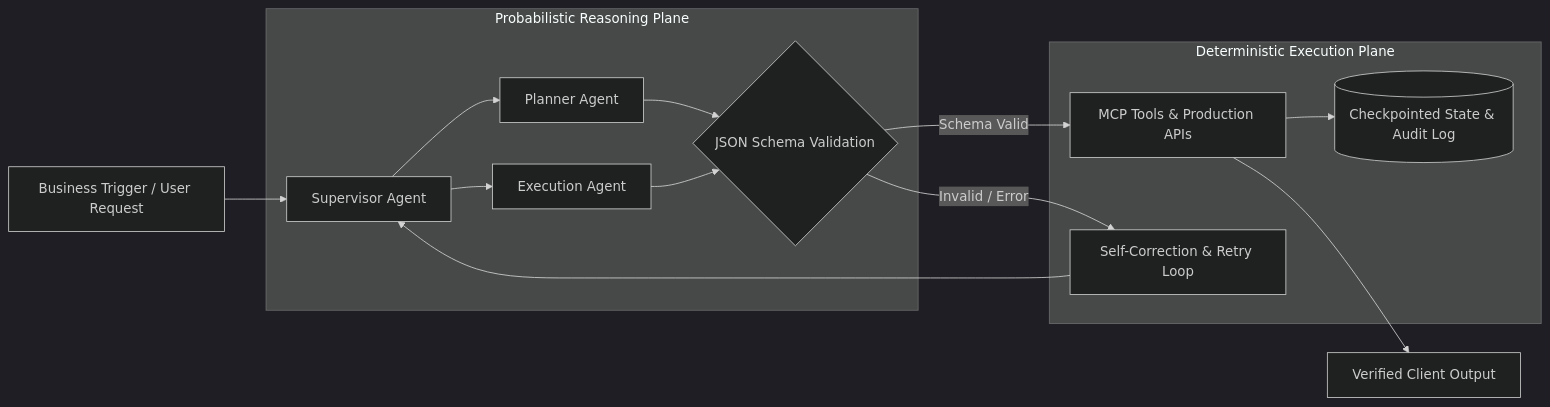
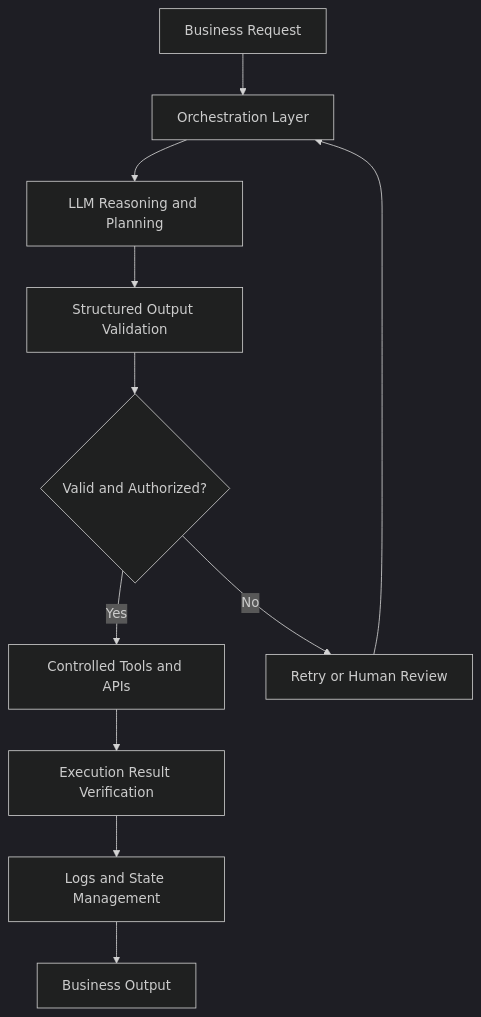
One commit to vikrantkulle/vikrantkulle changed the diagram in README.md. Above: the diagram before and after it, drawn with Mermaid (dark theme). The commit also changed other lines of this file, not shown here.

````diff
--- a/README.md
+++ b/README.md
@@ -46,16 +96,13 @@
 ```mermaid
-flowchart LR
-    A[Business Trigger / User Request] --> B[Supervisor Agent]
-    subgraph Reasoning_Plane["Probabilistic Reasoning Plane"]
-        B --> C1[Planner Agent]
-        B --> C2[Execution Agent]
-        C1 & C2 --> D{JSON Schema Validation}
-    end
-    subgraph Execution_Plane["Deterministic Execution Plane"]
-        D -->|Schema Valid| E[MCP Tools & Production APIs]
-        D -->|Invalid / Error| F[Self-Correction & Retry Loop]
-        F --> B
-        E --> G[(Checkpointed State & Audit Log)]
-    end
-    E --> H[Verified Client Output]
+flowchart TD
+    A[Business Request] --> B[Orchestration Layer]
+    B --> C[LLM Reasoning and Planning]
+    C --> D[Structured Output Validation]
+    D --> E{Valid and Authorized?}
+    E -->|Yes| F[Controlled Tools and APIs]
+    E -->|No| G[Retry or Human Review]
+    G --> B
+    F --> H[Execution Result Verification]
+    H --> I[Logs and State Management]
+    I --> J[Business Output]
 ```
````
